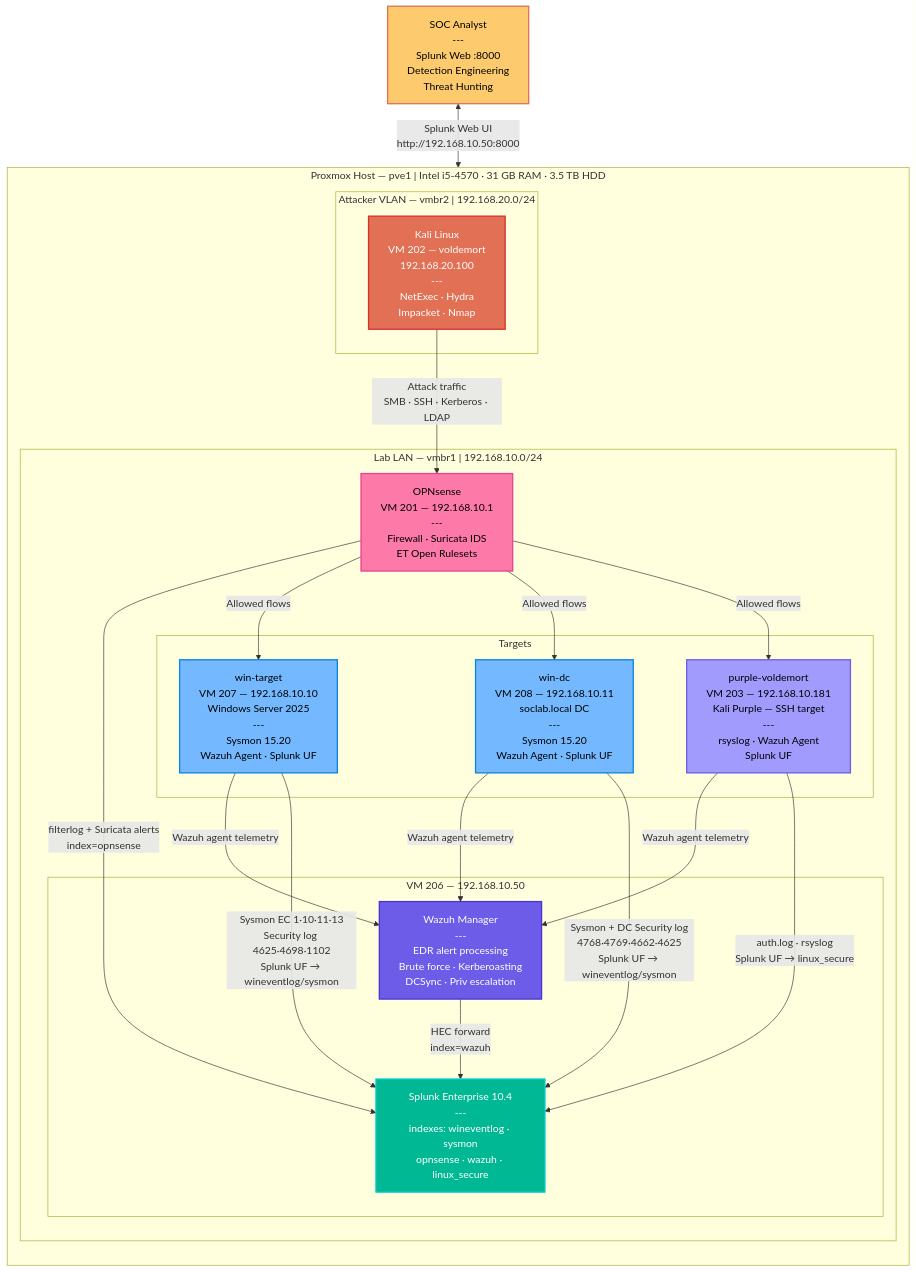
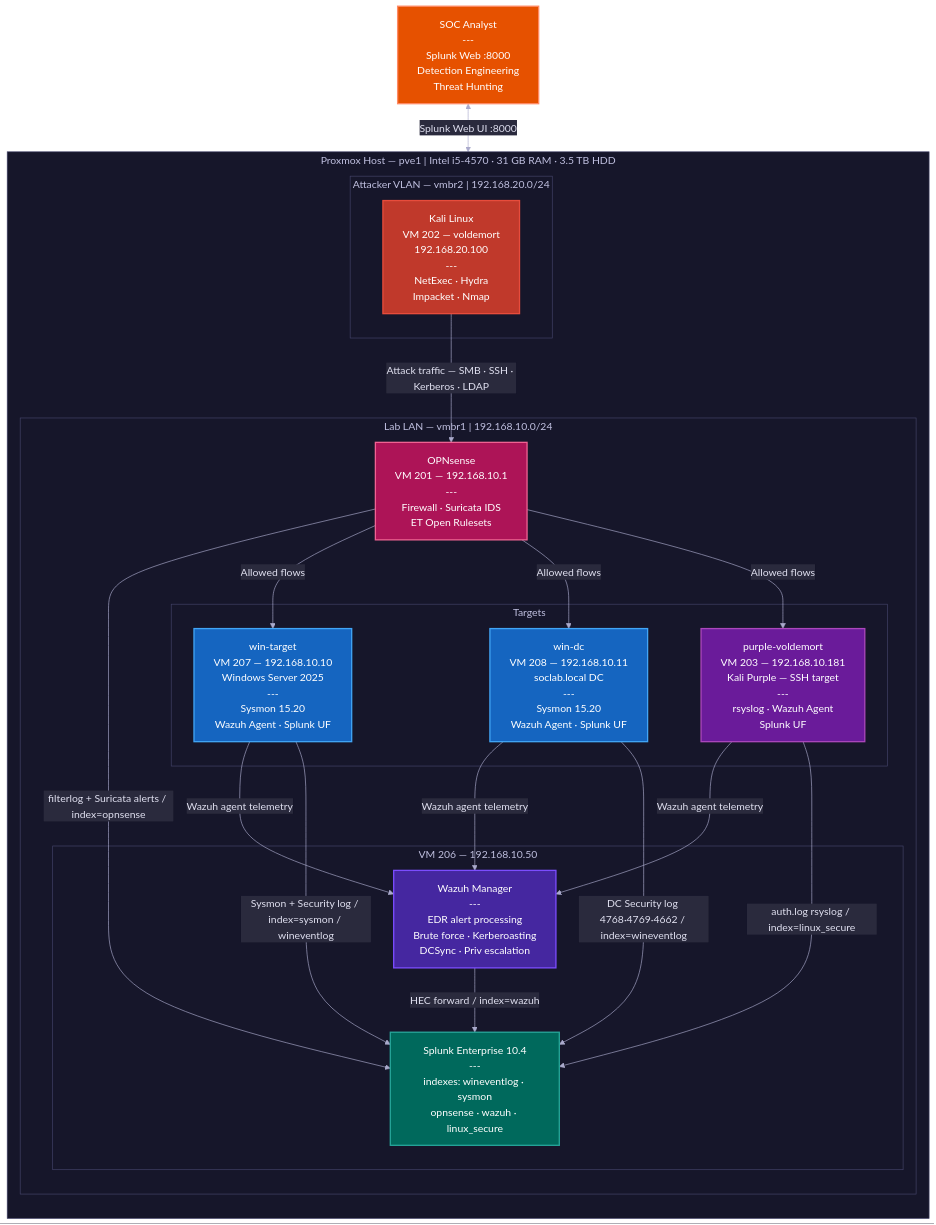
The diagram in splunk-project/lab-infrastructure/README.md (Santi4g0RD/SOC-Analyst-Projects), drawn with Mermaid before and after one commit.

Commit message:
Darken Mermaid diagram — dark theme base, saturated node colors, visible edges
All node fills are now deep/saturated colors on a dark background so
the connection arrows stand out clearly instead of blending in.

````diff
--- a/splunk-project/lab-infrastructure/README.md
+++ b/splunk-project/lab-infrastructure/README.md
@@ -55,45 +55,46 @@
 ```mermaid
+%%{init: {'theme': 'base', 'themeVariables': {'background': '#1e1e2e', 'primaryColor': '#2a2a3d', 'primaryTextColor': '#e0e0f0', 'primaryBorderColor': '#555577', 'lineColor': '#aaaacc', 'secondaryColor': '#252535', 'tertiaryColor': '#1a1a2a', 'clusterBkg': '#16162a', 'clusterBorder': '#44446a', 'edgeLabelBackground': '#2a2a3d', 'titleColor': '#c0c0e0'}}}%%
 flowchart TB
-    classDef attacker fill:#e17055,color:#fff,stroke:#d63031,stroke-width:2px
-    classDef winTarget fill:#74b9ff,color:#000,stroke:#0984e3,stroke-width:2px
-    classDef linuxTarget fill:#a29bfe,color:#000,stroke:#6c5ce7,stroke-width:2px
-    classDef firewall fill:#fd79a8,color:#000,stroke:#e84393,stroke-width:2px
-    classDef siem fill:#00b894,color:#fff,stroke:#00cec9,stroke-width:2px
-    classDef edr fill:#6c5ce7,color:#fff,stroke:#4834d4,stroke-width:2px
-    classDef analyst fill:#fdcb6e,color:#000,stroke:#e17055,stroke-width:2px
+    classDef attacker fill:#c0392b,color:#fff,stroke:#e74c3c,stroke-width:2px
+    classDef winTarget fill:#1565c0,color:#fff,stroke:#42a5f5,stroke-width:2px
+    classDef linuxTarget fill:#6a1b9a,color:#fff,stroke:#ab47bc,stroke-width:2px
+    classDef firewall fill:#ad1457,color:#fff,stroke:#f06292,stroke-width:2px
+    classDef siem fill:#00695c,color:#fff,stroke:#26a69a,stroke-width:2px
+    classDef edr fill:#4527a0,color:#fff,stroke:#7c4dff,stroke-width:2px
+    classDef analyst fill:#e65100,color:#fff,stroke:#ff8a65,stroke-width:2px
 
     subgraph PROXMOX["Proxmox Host — pve1  |  Intel i5-4570  ·  31 GB RAM  ·  3.5 TB HDD"]
         direction TB
 
         subgraph VLAN2["Attacker VLAN — vmbr2  |  192.168.20.0/24"]
             KALI["Kali Linux\nVM 202 — voldemort\n192.168.20.100\n---\nNetExec · Hydra\nImpacket · Nmap"]:::attacker
         end
 
         subgraph LAN["Lab LAN — vmbr1  |  192.168.10.0/24"]
             OPN["OPNsense\nVM 201 — 192.168.10.1\n---\nFirewall · Suricata IDS\nET Open Rulesets"]:::firewall
 
             subgraph TARGETS["Targets"]
                 WINDC["win-dc\nVM 208 — 192.168.10.11\nsoclab.local DC\n---\nSysmon 15.20\nWazuh Agent · Splunk UF"]:::winTarget
                 WINTGT["win-target\nVM 207 — 192.168.10.10\nWindows Server 2025\n---\nSysmon 15.20\nWazuh Agent · Splunk UF"]:::winTarget
                 LINUX["purple-voldemort\nVM 203 — 192.168.10.181\nKali Purple — SSH target\n---\nrsyslog · Wazuh Agent\nSplunk UF"]:::linuxTarget
             end
 
             subgraph VM206["VM 206 — 192.168.10.50"]
                 WAZUH["Wazuh Manager\n---\nEDR alert processing\nBrute force · Kerberoasting\nDCSync · Priv escalation"]:::edr
                 SPLUNK["Splunk Enterprise 10.4\n---\nindexes: wineventlog · sysmon\nopnsense · wazuh · linux_secure"]:::siem
-                WAZUH -->|"HEC forward\nindex=wazuh"| SPLUNK
+                WAZUH -->|"HEC forward / index=wazuh"| SPLUNK
             end
         end
     end
 
     ANALYST["SOC Analyst\n---\nSplunk Web :8000\nDetection Engineering\nThreat Hunting"]:::analyst
 
-    KALI -->|"Attack traffic\nSMB · SSH · Kerberos · LDAP"| OPN
-    OPN -->|"filterlog + Suricata alerts\nindex=opnsense"| SPLUNK
+    KALI -->|"Attack traffic — SMB · SSH · Kerberos · LDAP"| OPN
+    OPN -->|"filterlog + Suricata alerts / index=opnsense"| SPLUNK
     OPN -->|"Allowed flows"| WINTGT & WINDC & LINUX
     WINTGT & WINDC & LINUX -->|"Wazuh agent telemetry"| WAZUH
-    WINTGT -->|"Sysmon EC 1·10·11·13\nSecurity log 4625·4698·1102\nSplunk UF → wineventlog/sysmon"| SPLUNK
-    WINDC -->|"Sysmon + DC Security log\n4768·4769·4662·4625\nSplunk UF → wineventlog/sysmon"| SPLUNK
-    LINUX -->|"auth.log · rsyslog\nSplunk UF → linux_secure"| SPLUNK
-    ANALYST <-->|"Splunk Web UI\nhttp://192.168.10.50:8000"| SPLUNK
+    WINTGT -->|"Sysmon + Security log / index=sysmon / wineventlog"| SPLUNK
+    WINDC -->|"DC Security log 4768·4769·4662 / index=wineventlog"| SPLUNK
+    LINUX -->|"auth.log rsyslog / index=linux_secure"| SPLUNK
+    ANALYST <-->|"Splunk Web UI :8000"| SPLUNK
 ```
````
